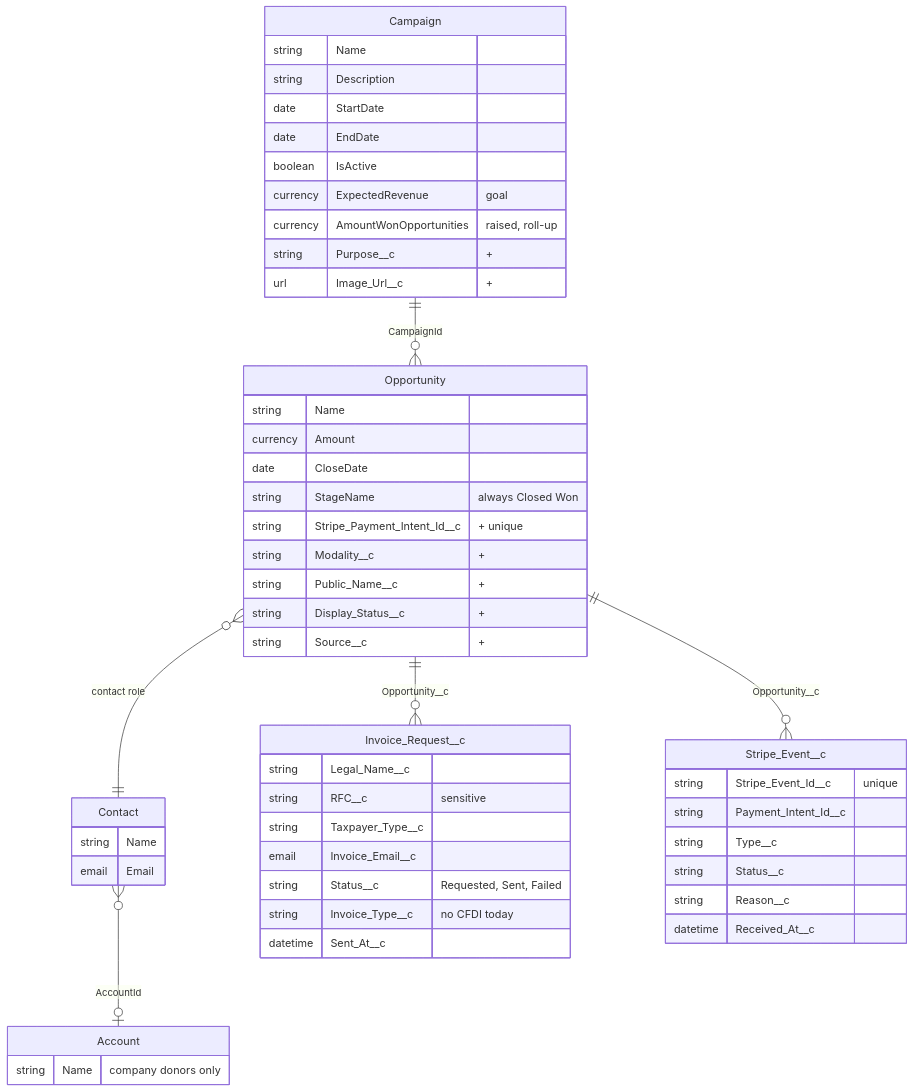
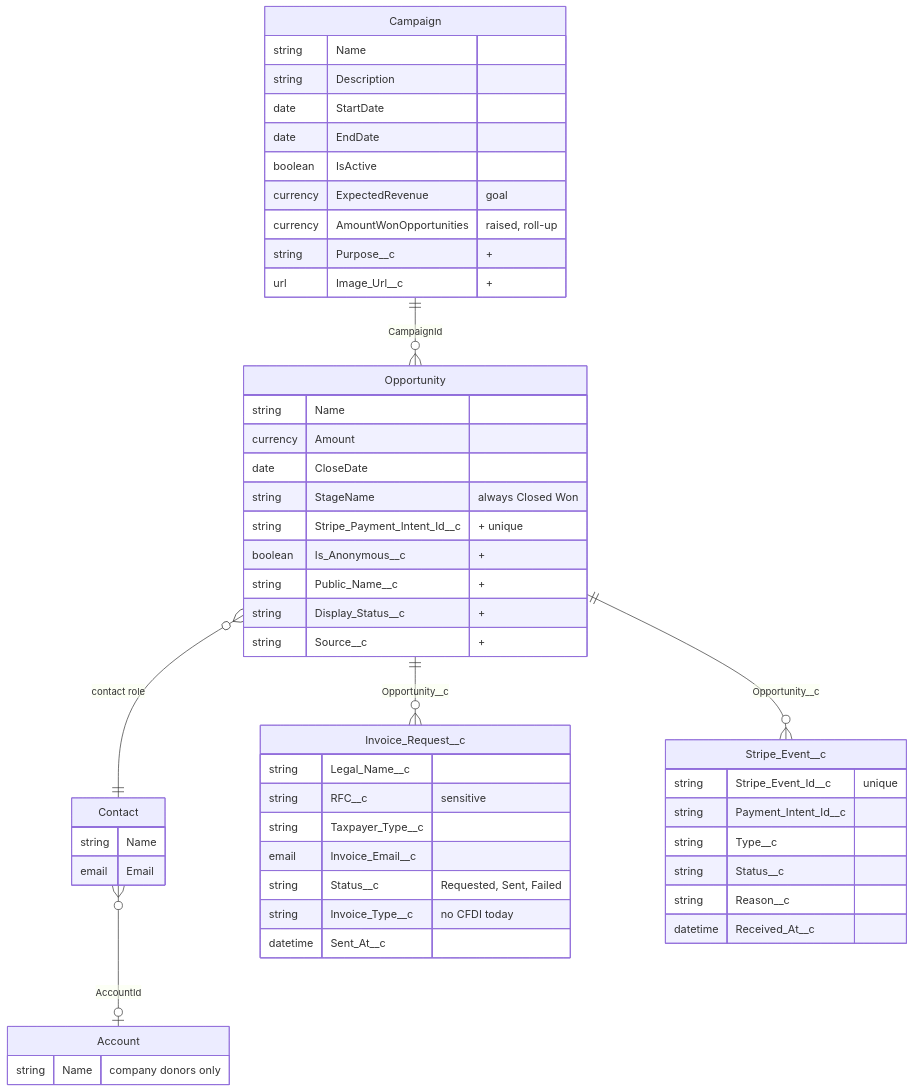
One commit to hjanssena/Salesforce-Donations changed the second of 2 diagrams in docs/requirements/architecture/solution-architecture.md. Above: the diagram before and after it, drawn with Mermaid. The commit also changed other lines of this file and 13 other files, not shown here.

````diff
--- a/docs/requirements/architecture/solution-architecture.md
+++ b/docs/requirements/architecture/solution-architecture.md
@@ -100,55 +103,55 @@
 ```mermaid
 erDiagram
   Campaign ||--o{ Opportunity : "CampaignId"
   Opportunity }o--|| Contact : "contact role"
   Contact }o--o| Account : "AccountId"
   Opportunity ||--o{ Invoice_Request__c : "Opportunity__c"
   Opportunity ||--o{ Stripe_Event__c : "Opportunity__c"
 
   Campaign {
     string Name
     string Description
     date StartDate
     date EndDate
     boolean IsActive
     currency ExpectedRevenue "goal"
     currency AmountWonOpportunities "raised, roll-up"
     string Purpose__c "+"
     url Image_Url__c "+"
   }
   Opportunity {
     string Name
     currency Amount
     date CloseDate
     string StageName "always Closed Won"
     string Stripe_Payment_Intent_Id__c "+ unique"
-    string Modality__c "+"
+    boolean Is_Anonymous__c "+"
     string Public_Name__c "+"
     string Display_Status__c "+"
     string Source__c "+"
   }
   Contact {
     string Name
     email Email
   }
   Account {
     string Name "company donors only"
   }
   Invoice_Request__c {
     string Legal_Name__c
     string RFC__c "sensitive"
     string Taxpayer_Type__c
     email Invoice_Email__c
     string Status__c "Requested, Sent, Failed"
     string Invoice_Type__c "no CFDI today"
     datetime Sent_At__c
   }
   Stripe_Event__c {
     string Stripe_Event_Id__c "unique"
     string Payment_Intent_Id__c
     string Type__c
     string Status__c
     string Reason__c
     datetime Received_At__c
   }
 ```
````
